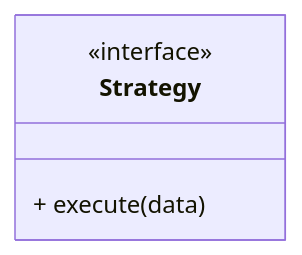
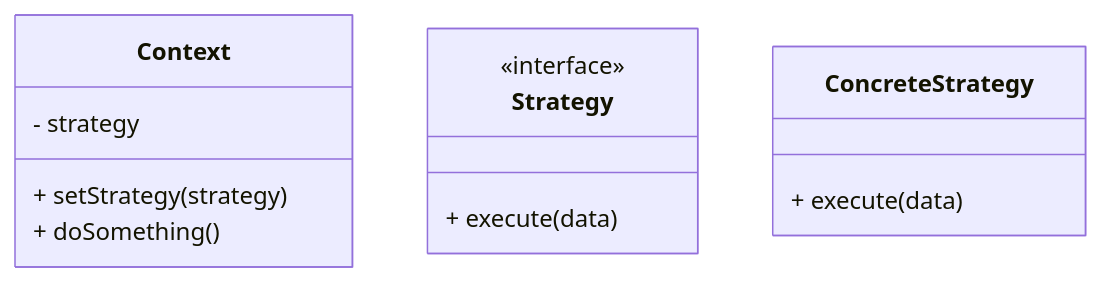
One commit to bjenning04/foam changed the diagram in design-patterns.md. Above: the diagram before and after it, drawn with Mermaid.

Commit message:
Dec 20, 2025, 7:34 PM

````diff
--- a/design-patterns.md
+++ b/design-patterns.md
@@ -2,14 +2,22 @@
 ```mermaid
 %%{
   init: {
     "class": {
       "hideEmptyMembersBox": true
     }
   }
 }%%
 classDiagram
+    class Context {
+        - strategy
+        + setStrategy(strategy)
+        + doSomething()
+    }
     class Strategy {
         <<interface>>
         + execute(data)
     }
+    class ConcreteStrategy {
+        + execute(data)
+    }
 ```
````
